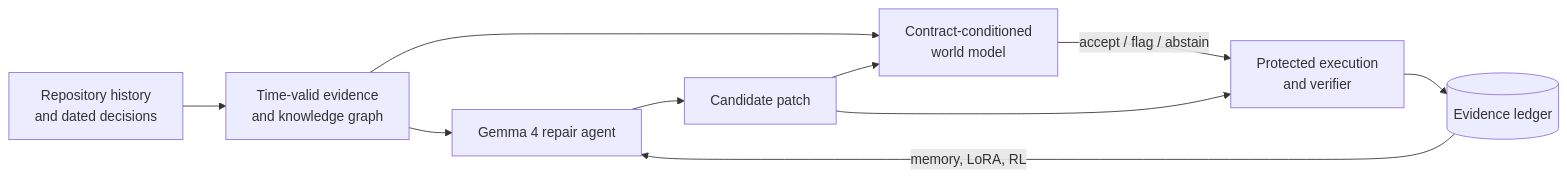
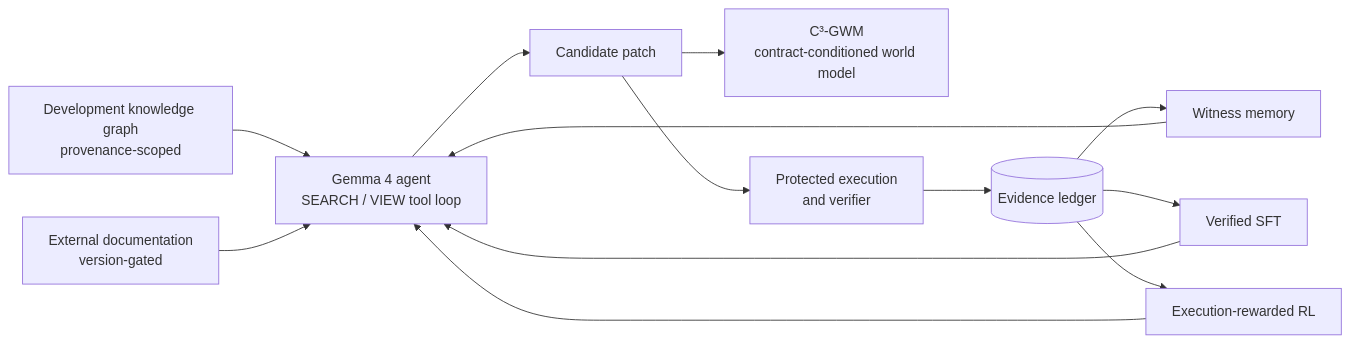
One commit to Trinexis-Quantum/CoEvoGraph-SWE changed the diagram in README.md. Above: the diagram before and after it, drawn with Mermaid. The commit also changed other lines of this file, not shown here.

Commit message:
README: rebuild strictly from the paper (abstract, motivation, architecture, results)

````diff
--- a/README.md
+++ b/README.md
@@ -36,12 +44,15 @@
 ```mermaid
 flowchart LR
-    A[Repository history<br/>and dated decisions] --> B[Time-valid evidence<br/>and knowledge graph]
-    B --> C[Gemma 4 repair agent]
-    C --> D[Candidate patch]
-    B --> E[Contract-conditioned<br/>world model]
-    D --> E
-    E -->|accept / flag / abstain| F[Protected execution<br/>and verifier]
-    D --> F
+    A[Development knowledge graph<br/>provenance-scoped] --> C
+    B[External documentation<br/>version-gated] --> C
+    C[Gemma 4 agent<br/>SEARCH / VIEW tool loop] --> D[Candidate patch]
+    D --> E[C³-GWM<br/>contract-conditioned world model]
+    D --> F[Protected execution<br/>and verifier]
     F --> G[(Evidence ledger)]
-    G -->|memory, LoRA, RL| C
+    G --> H[Witness memory]
+    G --> I[Verified SFT]
+    G --> J[Execution-rewarded RL]
+    H --> C
+    I --> C
+    J --> C
 ```
````
